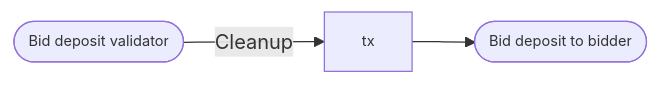
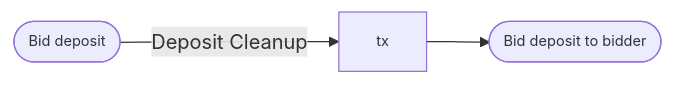
Diagram 19 of 23 in docs/on_chain_spec.md (mlabs-haskell/hydra-auction), drawn with Mermaid before and after one commit. The commit also changed other lines of this file, not shown here.

````diff
--- a/docs/on_chain_spec.md
+++ b/docs/on_chain_spec.md
@@ -623,8 +1041,9 @@
 ```mermaid
 flowchart LR
-  input1([Bid deposit validator]) -- Cleanup --> tx
+  input1([Bid deposit]) -- Deposit Cleanup --> tx
   tx --> output1([Bid deposit to bidder])
+  tx
 
   classDef default font-size:90%, overflow:visible;
   classDef reference stroke-dasharray: 5 5;
 ```
````
